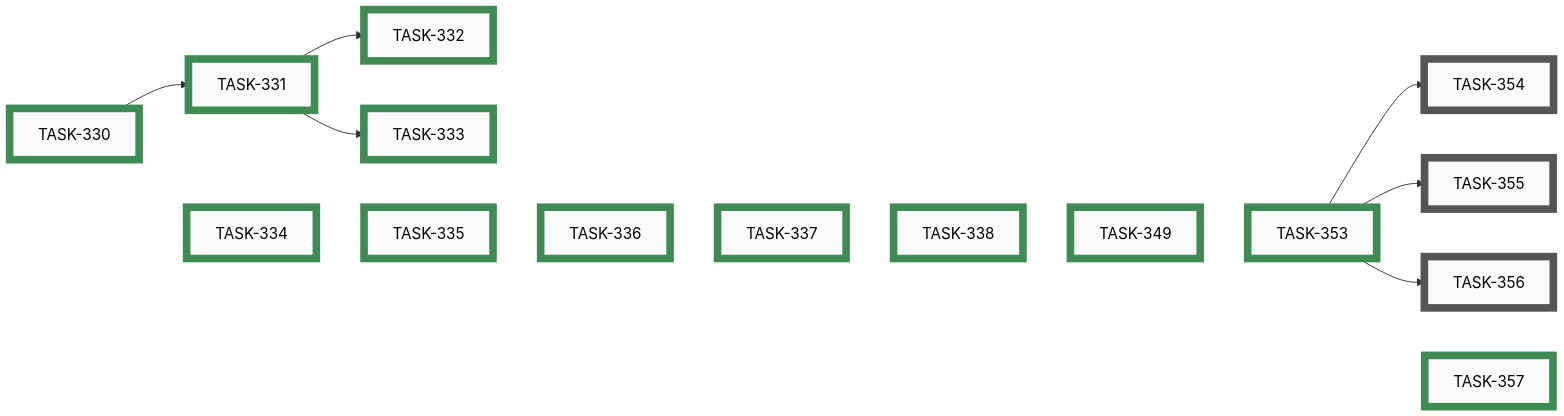
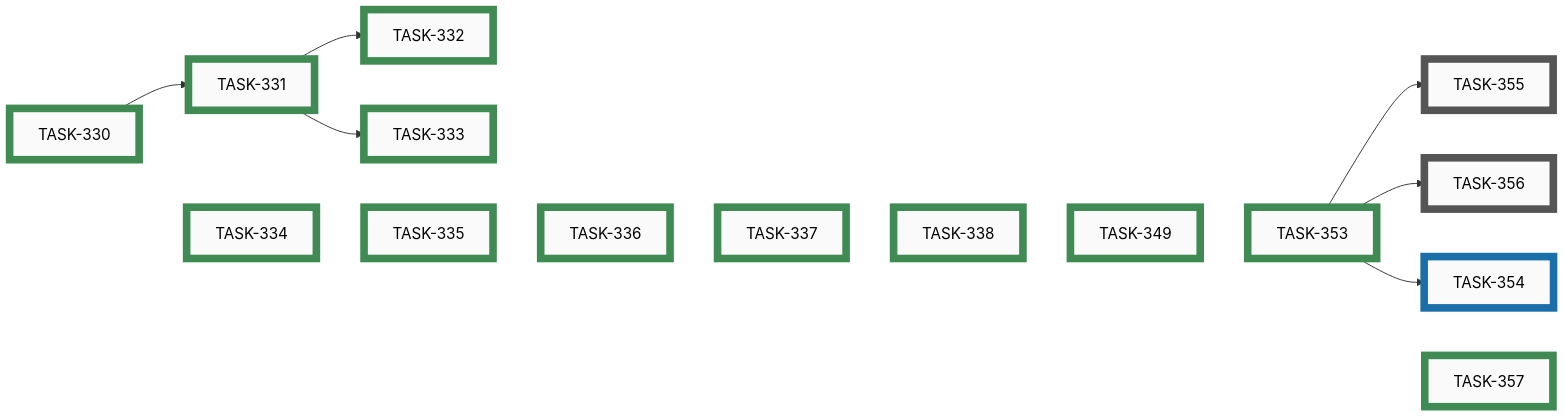
Before and after one commit to tgd1975/AwesomeStudioPedal: the eighth of 11 diagrams in docs/developers/tasks/EPICS.md, drawn with Mermaid. The commit also changed other lines of this file and 17 other files, not shown here.

Commit message:
feat(ble/TASK-354): expose firmware version on ESP32 — new READ char 516515c5, app reads it, doc + tests

````diff
--- a/docs/developers/tasks/EPICS.md
+++ b/docs/developers/tasks/EPICS.md
@@ -297,48 +297,48 @@
 ```mermaid
 graph LR
-    TASK_354["TASK-354"]:::open
     TASK_355["TASK-355"]:::open
     TASK_356["TASK-356"]:::open
+    TASK_354["TASK-354"]:::active
     TASK_330["TASK-330"]:::closed
     TASK_331["TASK-331"]:::closed
     TASK_332["TASK-332"]:::closed
     TASK_333["TASK-333"]:::closed
     TASK_334["TASK-334"]:::closed
     TASK_335["TASK-335"]:::closed
     TASK_336["TASK-336"]:::closed
     TASK_337["TASK-337"]:::closed
     TASK_338["TASK-338"]:::closed
     TASK_349["TASK-349"]:::closed
     TASK_353["TASK-353"]:::closed
     TASK_357["TASK-357"]:::closed
-    TASK_353 --> TASK_354
     TASK_353 --> TASK_355
     TASK_353 --> TASK_356
+    TASK_353 --> TASK_354
     TASK_330 --> TASK_331
     TASK_331 --> TASK_332
     TASK_331 --> TASK_333
     TASK_330 ~~~ TASK_334 ~~~ TASK_335 ~~~ TASK_336 ~~~ TASK_337 ~~~ TASK_338 ~~~ TASK_349 ~~~ TASK_353 ~~~ TASK_357
-    click TASK_354 "open/task-354-firmware-version-read-characteristic.md"
     click TASK_355 "open/task-355-firmware-config-readback.md"
     click TASK_356 "open/task-356-firmware-active-profile-notify.md"
+    click TASK_354 "active/task-354-firmware-version-read-characteristic.md"
     click TASK_330 "closed/task-330-decide-content-page-open-questions.md"
     click TASK_331 "closed/task-331-add-info-about-page.md"
     click TASK_332 "closed/task-332-add-howto-quickstart-page.md"
     click TASK_333 "closed/task-333-add-profiles-troubleshooting-legal-pages.md"
     click TASK_334 "closed/task-334-add-startup-splash-screen.md"
     click TASK_335 "closed/task-335-add-connection-status-strip-and-details-sheet.md"
     click TASK_336 "closed/task-336-add-connected-pedal-page-board-only.md"
     click TASK_337 "closed/task-337-firmware-expose-version-config-active-profile.md"
     click TASK_338 "closed/task-338-add-hid-display-table-and-live-keystroke-page.md"
     click TASK_349 "closed/task-349-display-unified-version-in-mobile-app.md"
     click TASK_353 "closed/task-353-feasibility-firmware-ble-readback-surfaces.md"
     click TASK_357 "closed/task-357-reconcile-max-config-bytes-doc-vs-code.md"
     classDef open    fill:#FAFAFA,stroke:#555,stroke-width:8px,color:#000
     classDef active  fill:#FAFAFA,stroke:#1A6FA8,stroke-width:8px,color:#000
     classDef closed  fill:#FAFAFA,stroke:#3F8B53,stroke-width:8px,color:#000
     classDef paused  fill:#FAFAFA,stroke:#B07810,stroke-width:8px,color:#000
     classDef openExt    fill:#000,stroke:#888,stroke-width:8px,color:#FFF
     classDef activeExt  fill:#000,stroke:#3FA9F5,stroke-width:8px,color:#FFF
     classDef closedExt  fill:#000,stroke:#7CC68A,stroke-width:8px,color:#FFF
     classDef pausedExt  fill:#000,stroke:#F0B030,stroke-width:8px,color:#FFF
 ```
````
